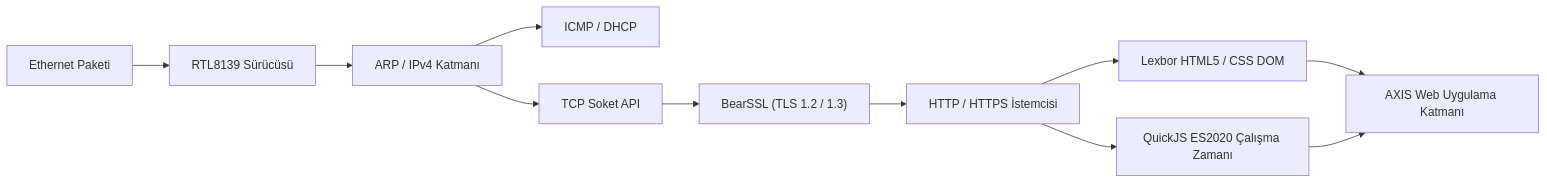
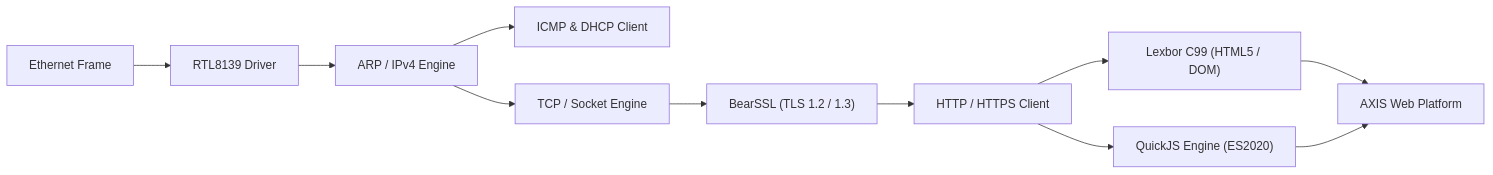
The second of 2 diagrams in README.md (aliyabuz25/AKSIS-OS), drawn with Mermaid before and after one commit. The commit also changed other lines of this file, not shown here.

Commit message:
docs: rewrite README in high-standard professional English with mermaid architecture diagrams

````diff
--- a/README.md
+++ b/README.md
@@ -114,17 +127,17 @@
 ```mermaid
 graph LR
-    nic["Ethernet Paketi"] --> driver["RTL8139 Sürücüsü"]
-    driver --> arp_ip["ARP / IPv4 Katmanı"]
+    nic["Ethernet Frame"] --> driver["RTL8139 Driver"]
+    driver --> arp_ip["ARP / IPv4 Engine"]
     
-    arp_ip --> icmp["ICMP / DHCP"]
-    arp_ip --> tcp["TCP Soket API"]
+    arp_ip --> icmp_dhcp["ICMP & DHCP Client"]
+    arp_ip --> tcp_stream["TCP / Socket Engine"]
     
-    tcp --> tls["BearSSL (TLS 1.2 / 1.3)"]
-    tls --> http["HTTP / HTTPS İstemcisi"]
+    tcp_stream --> tls_layer["BearSSL (TLS 1.2 / 1.3)"]
+    tls_layer --> http_client["HTTP / HTTPS Client"]
     
-    http --> lexbor["Lexbor HTML5 / CSS DOM"]
-    http --> qjs["QuickJS ES2020 Çalışma Zamanı"]
+    http_client --> lexbor["Lexbor C99 (HTML5 / DOM)"]
+    http_client --> qjs["QuickJS Engine (ES2020)"]
     
-    lexbor --> runtime["AXIS Web Uygulama Katmanı"]
-    qjs --> runtime
+    lexbor --> web_runtime["AXIS Web Platform"]
+    qjs --> web_runtime
 ```
````
